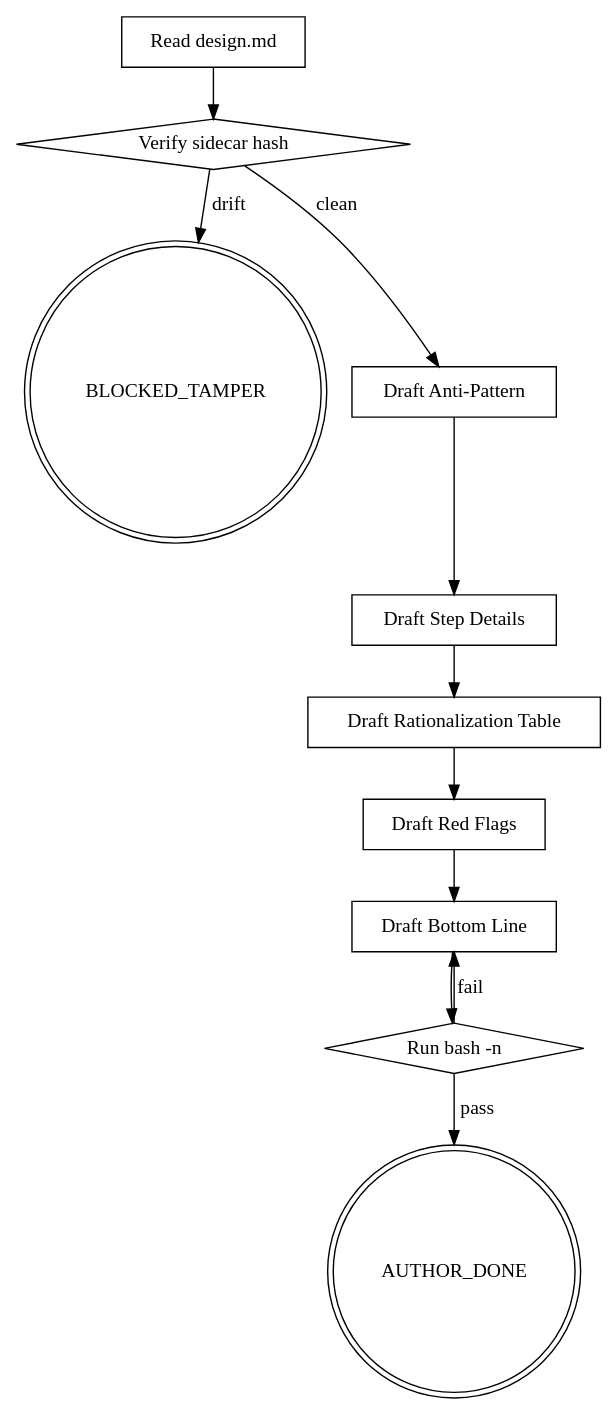
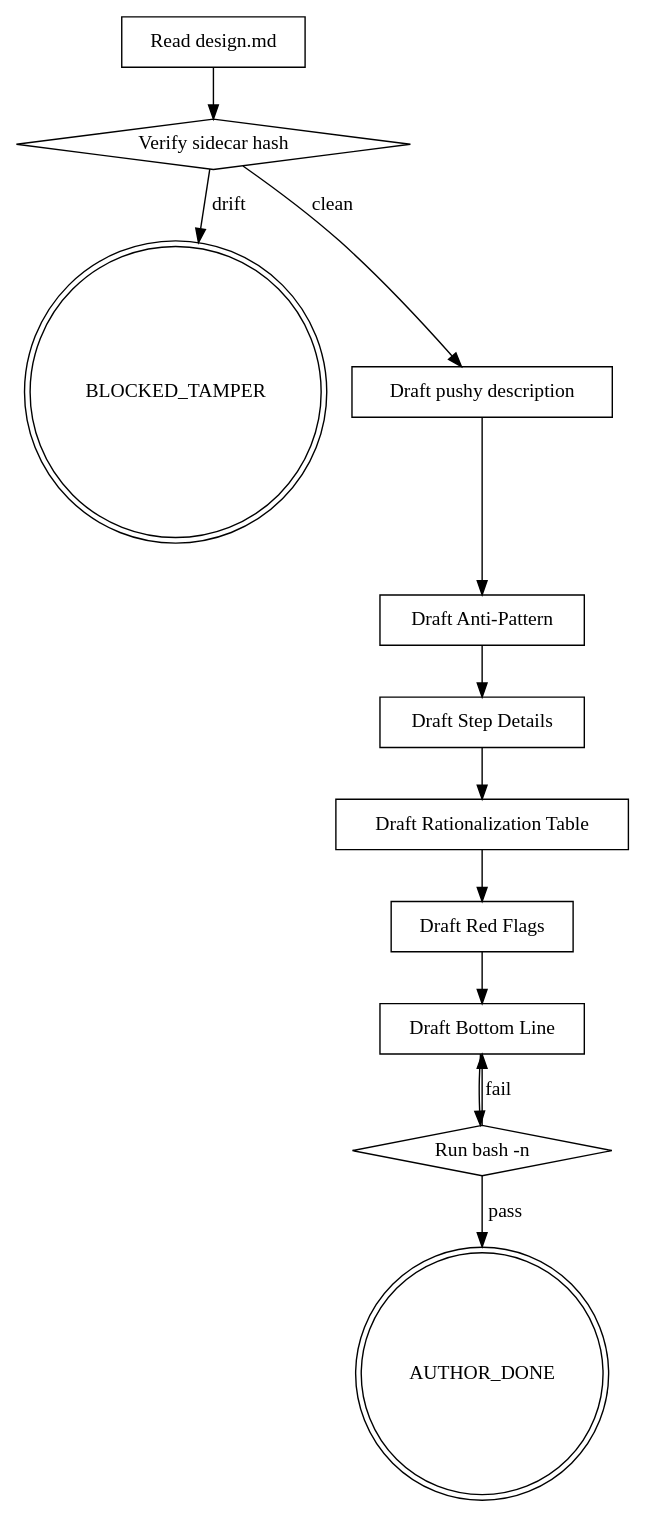
One commit to Hook12aaa/skill-cheat changed the diagram in skills/skill-author/SKILL.md. Above: the diagram before and after it, drawn with Graphviz. The commit also changed other lines of this file and 52 other files, not shown here.

````diff
--- a/skills/skill-author/SKILL.md
+++ b/skills/skill-author/SKILL.md
@@ -31,25 +31,27 @@
 ```dot
 digraph skill_author {
     rankdir=TB;
     "Read design.md" [shape=box];
     "Verify sidecar hash" [shape=diamond];
     "BLOCKED_TAMPER" [shape=doublecircle];
+    "Draft pushy description" [shape=box];
     "Draft Anti-Pattern" [shape=box];
     "Draft Step Details" [shape=box];
     "Draft Rationalization Table" [shape=box];
     "Draft Red Flags" [shape=box];
     "Draft Bottom Line" [shape=box];
     "Run bash -n" [shape=diamond];
     "AUTHOR_DONE" [shape=doublecircle];
     "Read design.md" -> "Verify sidecar hash";
     "Verify sidecar hash" -> "BLOCKED_TAMPER" [label="drift"];
-    "Verify sidecar hash" -> "Draft Anti-Pattern" [label="clean"];
+    "Verify sidecar hash" -> "Draft pushy description" [label="clean"];
+    "Draft pushy description" -> "Draft Anti-Pattern";
     "Draft Anti-Pattern" -> "Draft Step Details";
     "Draft Step Details" -> "Draft Rationalization Table";
     "Draft Rationalization Table" -> "Draft Red Flags";
     "Draft Red Flags" -> "Draft Bottom Line";
     "Draft Bottom Line" -> "Run bash -n";
     "Run bash -n" -> "AUTHOR_DONE" [label="pass"];
     "Run bash -n" -> "Draft Bottom Line" [label="fail"];
 }
 ```
````
